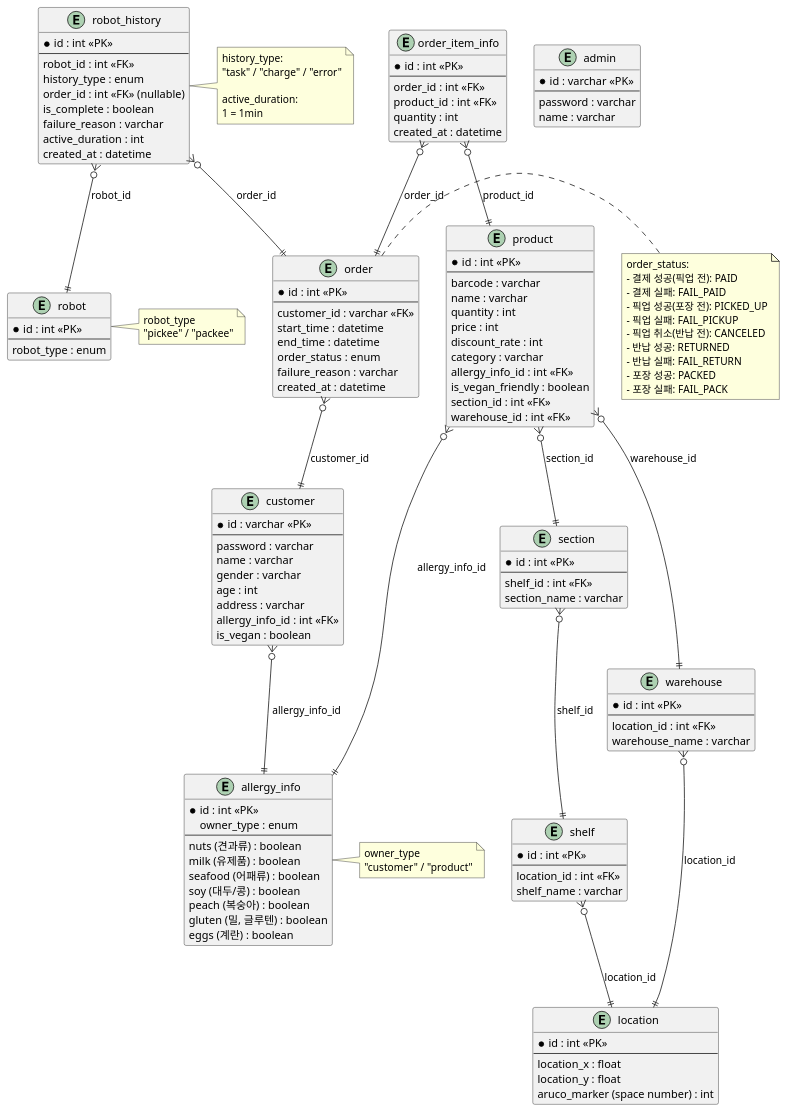
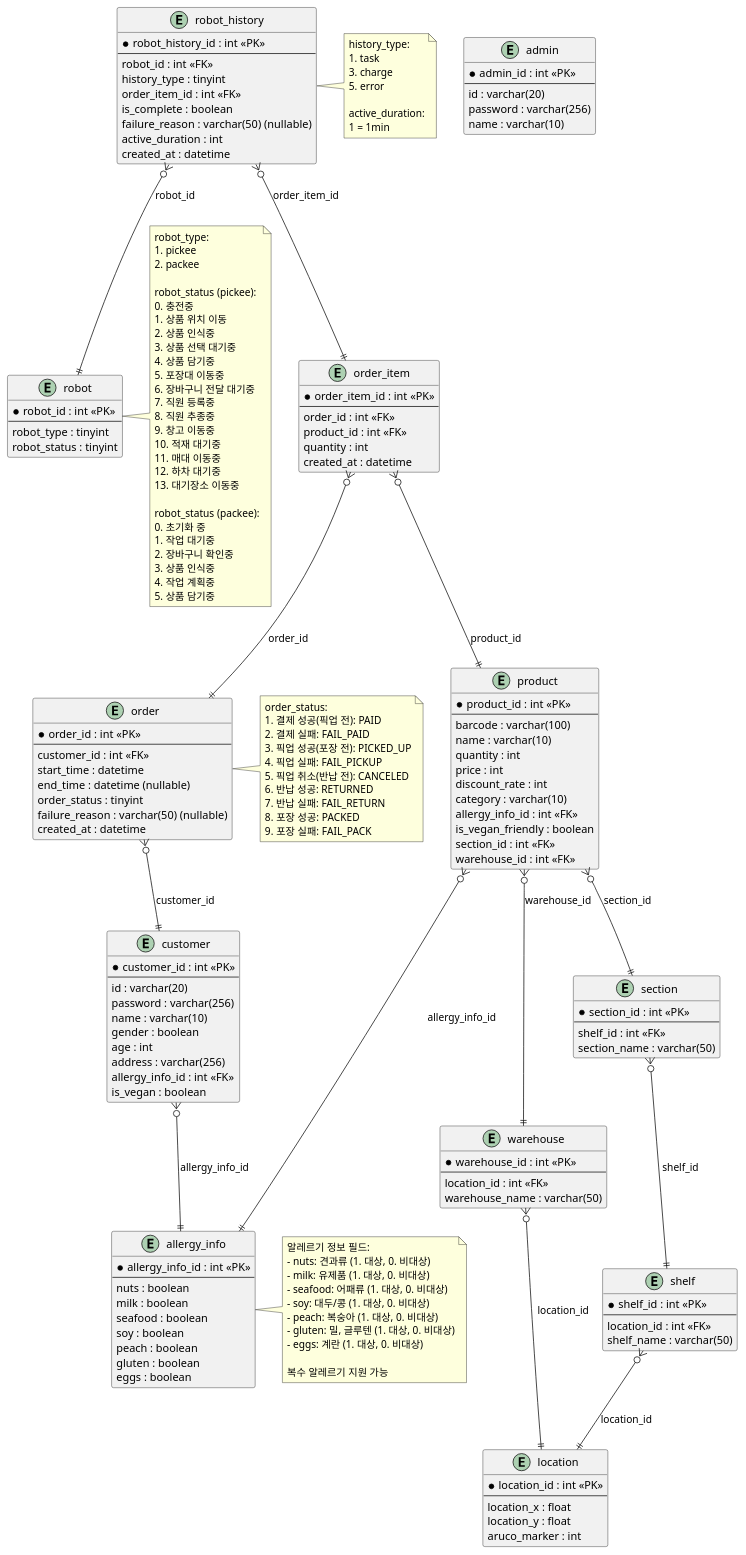
One commit to addinedu-roscamp-7th/roscamp-repo-1 changed the diagram in docs/ERDiagram/ERDiagram.md. Above: the diagram before and after it, drawn with PlantUML. The commit also changed 16 other files, not shown here.

```diff
--- a/docs/ERDiagram/ERDiagram.md
+++ b/docs/ERDiagram/ERDiagram.md
@@ -1,51 +1,55 @@
 @startuml
 
-' 엔티티 정의
+' ==========================
+'  Entity Definitions
+' ==========================
+
 entity "customer" as customer {
-  * id : varchar <<PK>>
+  * customer_id : int <<PK>>
   --
-  password : varchar
-  name : varchar
-  gender : varchar
+  id : varchar(20)
+  password : varchar(256)
+  name : varchar(10)
+  gender : boolean
   age : int
-  address : varchar
+  address : varchar(256)
   allergy_info_id : int <<FK>>
   is_vegan : boolean
 }
 
 entity "admin" as admin {
-  * id : varchar <<PK>>
+  * admin_id : int <<PK>>
   --
-  password : varchar
-  name : varchar
+  id : varchar(20)
+  password : varchar(256)
+  name : varchar(10)
 }
 
 entity "allergy_info" as allergy_info {
-  * id : int <<PK>>
-  owner_type : enum
+  * allergy_info_id : int <<PK>>
   --
-  nuts (견과류) : boolean
-  milk (유제품) : boolean
-  seafood (어패류) : boolean
-  soy (대두/콩) : boolean
-  peach (복숭아) : boolean
-  gluten (밀, 글루텐) : boolean
-  eggs (계란) : boolean
+  nuts : boolean
+  milk : boolean
+  seafood : boolean
+  soy : boolean
+  peach : boolean
+  gluten : boolean
+  eggs : boolean
 }
 
 entity "order" as order {
-  * id : int <<PK>>
+  * order_id : int <<PK>>
   --
-  customer_id : varchar <<FK>>
+  customer_id : int <<FK>>
   start_time : datetime
-  end_time : datetime
-  order_status : enum
-  failure_reason : varchar
+  end_time : datetime (nullable)
+  order_status : tinyint
+  failure_reason : varchar(50) (nullable)
   created_at : datetime
 }
 
-entity "order_item_info" as order_item_info {
-  * id : int <<PK>>
+entity "order_item" as order_item {
+  * order_item_id : int <<PK>>
   --
   order_id : int <<FK>>
   product_id : int <<FK>>
@@ -54,14 +58,14 @@
 }
 
 entity "product" as product {
-  * id : int <<PK>>
+  * product_id : int <<PK>>
   --
-  barcode : varchar
-  name : varchar
+  barcode : varchar(100)
+  name : varchar(10)
   quantity : int
   price : int
   discount_rate : int
-  category : varchar
+  category : varchar(10)
   allergy_info_id : int <<FK>>
   is_vegan_friendly : boolean
   section_id : int <<FK>>
@@ -69,96 +73,138 @@
 }
 
 entity "robot" as robot {
-  * id : int <<PK>>
+  * robot_id : int <<PK>>
   --
-  robot_type : enum
-}
-
-entity "warehouse" as warehouse {
-  * id : int <<PK>>
-  --
-  location_id : int <<FK>>
-  warehouse_name : varchar
+  robot_type : tinyint
+  robot_status : tinyint
 }
 
 entity "robot_history" as robot_history {
-  * id : int <<PK>>
+  * robot_history_id : int <<PK>>
   --
   robot_id : int <<FK>>
-  history_type : enum
-  order_id : int <<FK>> (nullable)
+  history_type : tinyint
+  order_item_id : int <<FK>>
   is_complete : boolean
-  failure_reason : varchar
+  failure_reason : varchar(50) (nullable)
   active_duration : int
   created_at : datetime
 }
 
+entity "warehouse" as warehouse {
+  * warehouse_id : int <<PK>>
+  --
+  location_id : int <<FK>>
+  warehouse_name : varchar(50)
+}
+
 entity "location" as location {
-  * id : int <<PK>>
+  * location_id : int <<PK>>
   --
   location_x : float
   location_y : float
-  aruco_marker (space number) : int
+  aruco_marker : int
 }
 
 entity "shelf" as shelf {
-  * id : int <<PK>>
+  * shelf_id : int <<PK>>
   --
   location_id : int <<FK>>
-  shelf_name : varchar
+  shelf_name : varchar(50)
 }
 
 entity "section" as section {
-  * id : int <<PK>>
+  * section_id : int <<PK>>
   --
   shelf_id : int <<FK>>
-  section_name : varchar
+  section_name : varchar(50)
 }
 
-' 관계 정의
+' ==========================
+'  Relationships
+' ==========================
+
 customer }o--|| allergy_info : "allergy_info_id"
 order }o--|| customer : "customer_id"
-order_item_info }o--|| order : "order_id"
-order_item_info }o--|| product : "product_id"
+order_item }o--|| order : "order_id"
+order_item }o--|| product : "product_id"
 product }o--|| allergy_info : "allergy_info_id"
 product }o--|| section : "section_id"
 product }o--|| warehouse : "warehouse_id"
 robot_history }o--|| robot : "robot_id"
-robot_history }o--|| order : "order_id"
+robot_history }o--|| order_item : "order_item_id"
+warehouse }o--|| location : "location_id"
 shelf }o--|| location : "location_id"
 section }o--|| shelf : "shelf_id"
-warehouse }o--|| location : "location_id"
 
-' 노트 추가
-note right of allergy_info
-  owner_type
-  "customer" / "product"
-end note
+' ==========================
+'  Notes
+' ==========================
 
 note right of order
   order_status:
-  - 결제 성공(픽업 전): PAID
-  - 결제 실패: FAIL_PAID
-  - 픽업 성공(포장 전): PICKED_UP
-  - 픽업 실패: FAIL_PICKUP
-  - 픽업 취소(반납 전): CANCELED
-  - 반납 성공: RETURNED
-  - 반납 실패: FAIL_RETURN
-  - 포장 성공: PACKED
-  - 포장 실패: FAIL_PACK
+  1. 결제 성공(픽업 전): PAID
+  2. 결제 실패: FAIL_PAID
+  3. 픽업 성공(포장 전): PICKED_UP
+  4. 픽업 실패: FAIL_PICKUP
+  5. 픽업 취소(반납 전): CANCELED
+  6. 반납 성공: RETURNED
+  7. 반납 실패: FAIL_RETURN
+  8. 포장 성공: PACKED
+  9. 포장 실패: FAIL_PACK
 end note
 
 note right of robot
-  robot_type
-  "pickee" / "packee"
+  robot_type:
+  1. pickee
+  2. packee
+
+  robot_status (pickee):
+  0. 충전중
+  1. 상품 위치 이동
+  2. 상품 인식중
+  3. 상품 선택 대기중
+  4. 상품 담기중
+  5. 포장대 이동중
+  6. 장바구니 전달 대기중
+  7. 직원 등록중
+  8. 직원 추종중
+  9. 창고 이동중
+  10. 적재 대기중
+  11. 매대 이동중
+  12. 하차 대기중
+  13. 대기장소 이동중
+
+  robot_status (packee):
+  0. 초기화 중
+  1. 작업 대기중
+  2. 장바구니 확인중
+  3. 상품 인식중
+  4. 작업 계획중
+  5. 상품 담기중
 end note
 
 note right of robot_history
   history_type:
-  "task" / "charge" / "error"
-  
+  1. task
+  3. charge
+  5. error
+
   active_duration:
   1 = 1min
 end note
 
+note right of allergy_info
+  알레르기 정보 필드:
+  - nuts: 견과류 (1. 대상, 0. 비대상)
+  - milk: 유제품 (1. 대상, 0. 비대상)
+  - seafood: 어패류 (1. 대상, 0. 비대상)
+  - soy: 대두/콩 (1. 대상, 0. 비대상)
+  - peach: 복숭아 (1. 대상, 0. 비대상)
+  - gluten: 밀, 글루텐 (1. 대상, 0. 비대상)
+  - eggs: 계란 (1. 대상, 0. 비대상)
+  
+  복수 알레르기 지원 가능
+end note
+
 @enduml
```
